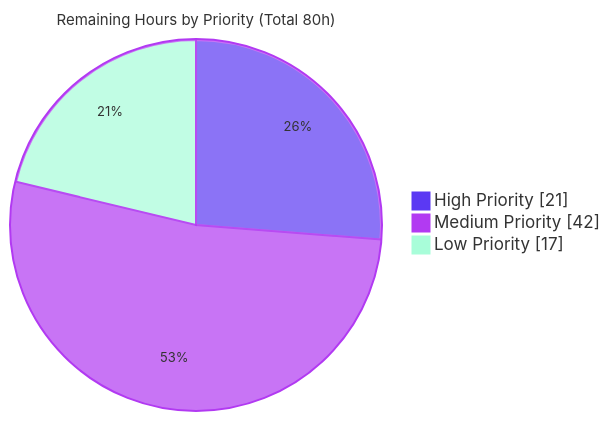
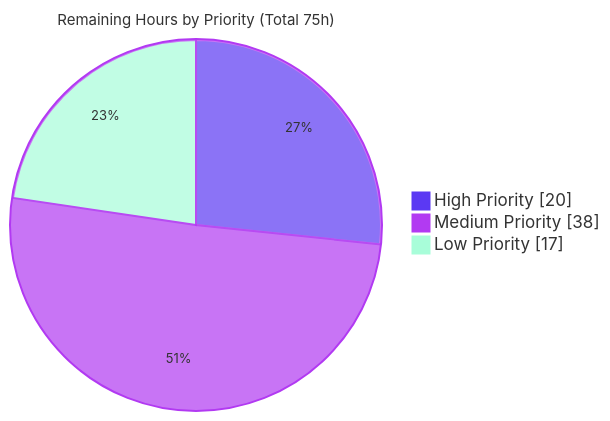
The third of 4 diagrams in blitzy/documentation/Project Guide.md (Blitzy-Sandbox/blitzy-odoo), drawn with Mermaid before and after one commit. The commit also changed other lines of this file, not shown here.

Commit message:
Adding Blitzy Project Guide: Project Status and Human Tasks Remaining

````diff
--- a/blitzy/documentation/Project Guide.md
+++ b/blitzy/documentation/Project Guide.md
@@ -272,7 +308,7 @@
 ```mermaid
 %%{init: {'theme':'base','themeVariables':{'pie1':'#5B39F3','pie2':'#B23AF2','pie3':'#A8FDD9','pieStrokeColor':'#B23AF2','pieOuterStrokeColor':'#B23AF2','pieTitleTextSize':'15px','pieSectionTextSize':'13px'}}}%%
-pie showData title Remaining Hours by Priority (Total 80h)
-    "High Priority" : 21
-    "Medium Priority" : 42
+pie showData title Remaining Hours by Priority (Total 75h)
+    "High Priority" : 20
+    "Medium Priority" : 38
     "Low Priority" : 17
 ```
````
